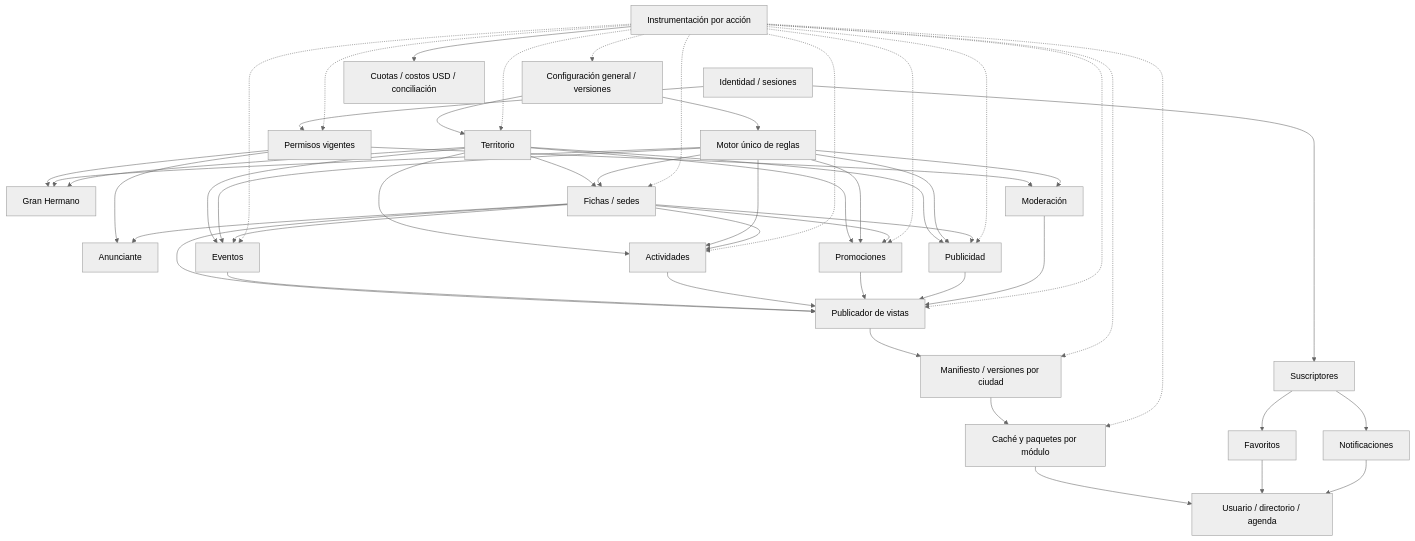
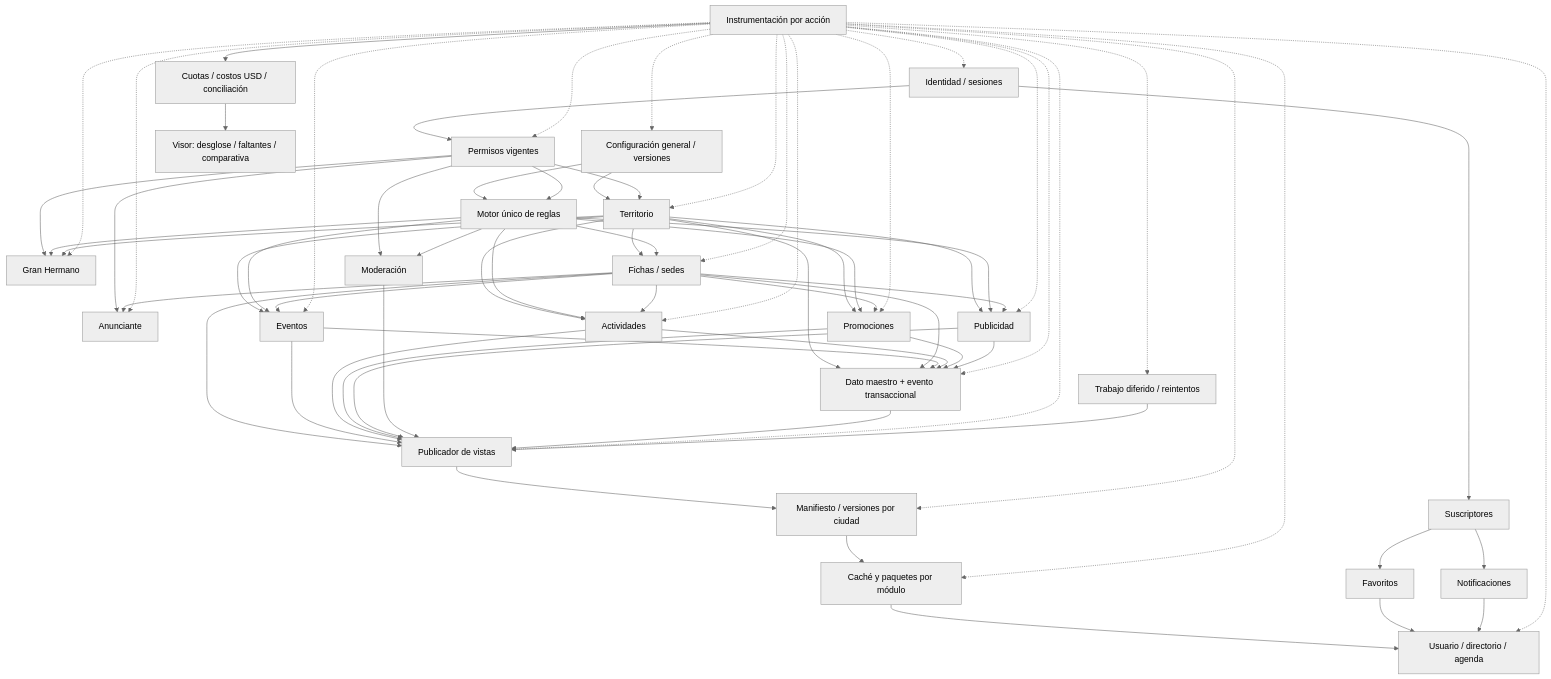
Before and after one commit to liqko/guia-local-dolores: the diagram in gld2/DEPENDENCIAS.md, drawn with Mermaid (neutral theme). The commit also changed other lines of this file, not shown here.

Commit message:
Auditar dependencias: permisos, transacción de publicación y consumo de extremo a extremo

````diff
--- a/gld2/DEPENDENCIAS.md
+++ b/gld2/DEPENDENCIAS.md
@@ -5,53 +5,70 @@
 ```mermaid
 flowchart TD
   C[Configuración general / versiones] --> T[Territorio]
   C --> R[Motor único de reglas]
   ID[Identidad / sesiones] --> P[Permisos vigentes]
+  P --> T
+  P --> R
   P --> G[Gran Hermano]
   P --> A[Anunciante]
   P --> MOD[Moderación]
   T --> F[Fichas / sedes]
   T --> EV[Eventos]
   T --> AC[Actividades]
   T --> PR[Promociones]
   T --> AD[Publicidad]
   R --> F
   R --> EV
   R --> AC
   R --> PR
   R --> AD
   R --> MOD
   F --> EV
   F --> AC
   F --> PR
   F --> AD
   F --> PUB[Publicador de vistas]
   EV --> PUB
   AC --> PUB
   PR --> PUB
   AD --> PUB
   MOD --> PUB
+  TX[Dato maestro + evento transaccional] --> PUB
+  T --> TX
+  F --> TX
+  EV --> TX
+  AC --> TX
+  PR --> TX
+  AD --> TX
   PUB --> M[Manifiesto / versiones por ciudad]
   M --> V[Caché y paquetes por módulo]
   V --> U[Usuario / directorio / agenda]
   F --> A
   R --> G
   T --> G
   ID --> S[Suscriptores]
   S --> FA[Favoritos]
   S --> NO[Notificaciones]
   FA --> U
   NO --> U
-  O[Instrumentación por acción] -.-> C
+  O[Instrumentación por acción] -.-> ID
+  O -.-> G
+  O -.-> A
+  O -.-> U
+  O -.-> TX
+  O -.-> C
   O -.-> P
   O -.-> T
   O -.-> F
   O -.-> EV
   O -.-> AC
   O -.-> PR
   O -.-> AD
   O -.-> PUB
   O -.-> M
   O -.-> V
   O --> Q[Cuotas / costos USD / conciliación]
+  Q --> MON[Visor: desglose / faltantes / comparativa]
+  X[Trabajo diferido / reintentos] --> PUB
+  O -.-> X
 ```
````
